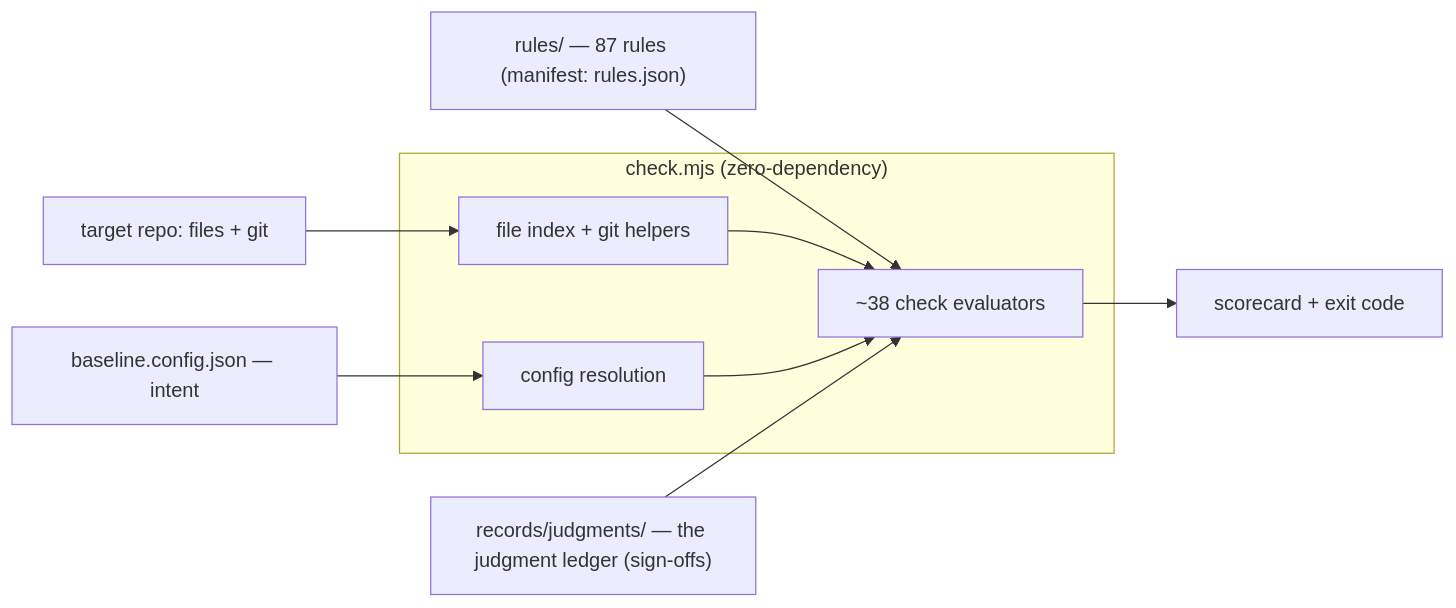
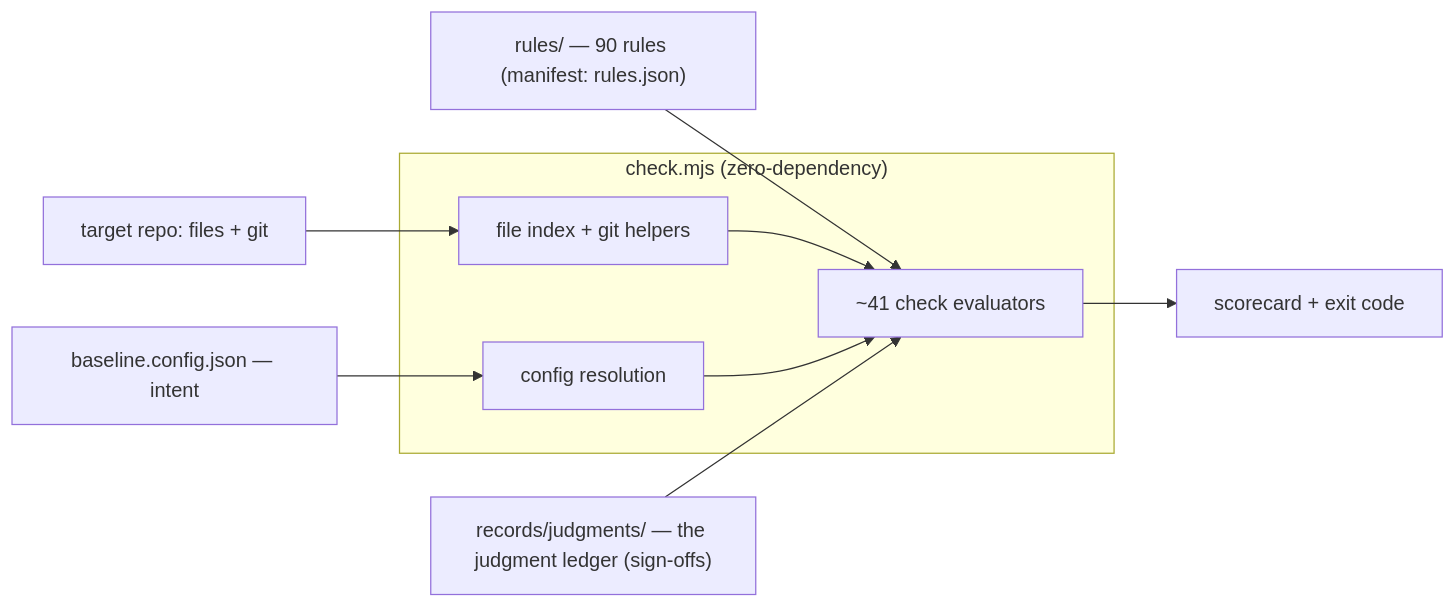
Before and after one commit to AdarGit008/baseline-demo: the first of 3 diagrams in tools/baseline/REFERENCE.md, drawn with Mermaid. The commit also changed other lines of this file and 19 other files, not shown here.

````diff
--- a/tools/baseline/REFERENCE.md
+++ b/tools/baseline/REFERENCE.md
@@ -58,12 +58,12 @@
 ```mermaid
 flowchart LR
   CFG["baseline.config.json — intent"] --> RES
-  RULES["rules/ — 87 rules (manifest: rules.json)"] --> EVAL
+  RULES["rules/ — 90 rules (manifest: rules.json)"] --> EVAL
   REPO["target repo: files + git"] --> IDX
   subgraph ENGINE["check.mjs (zero-dependency)"]
-    IDX["file index + git helpers"] --> EVAL["~38 check evaluators"]
+    IDX["file index + git helpers"] --> EVAL["~41 check evaluators"]
     RES["config resolution"] --> EVAL
   end
   SO["records/judgments/ — the judgment ledger (sign-offs)"] --> EVAL
   EVAL --> OUT["scorecard + exit code"]
 ```
````
